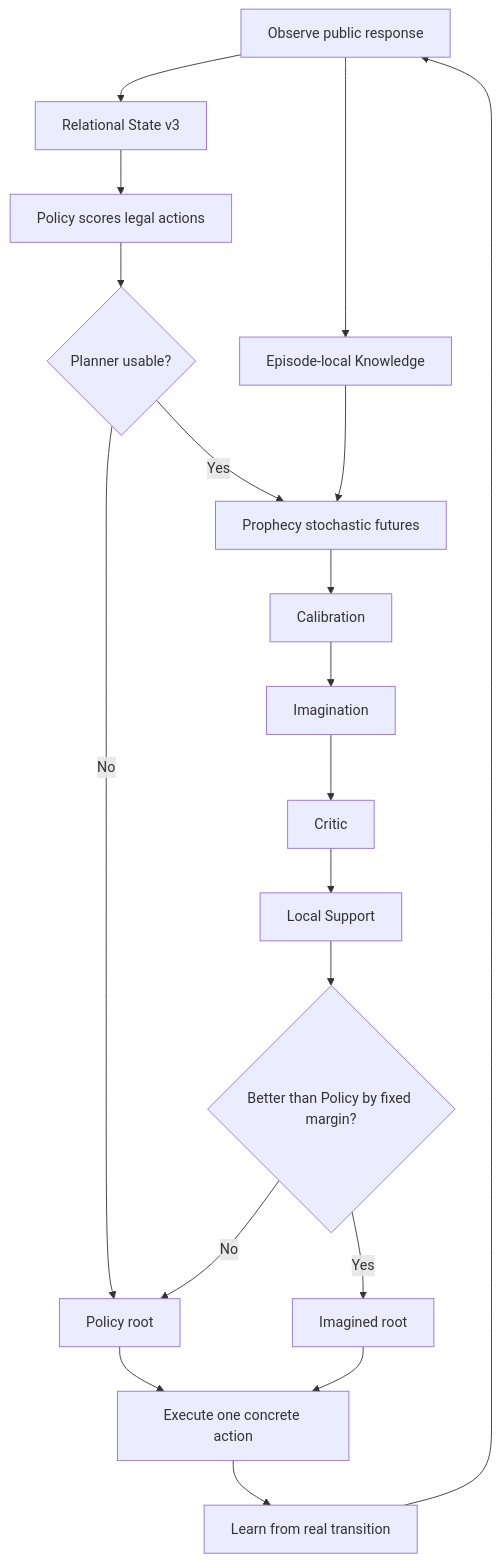
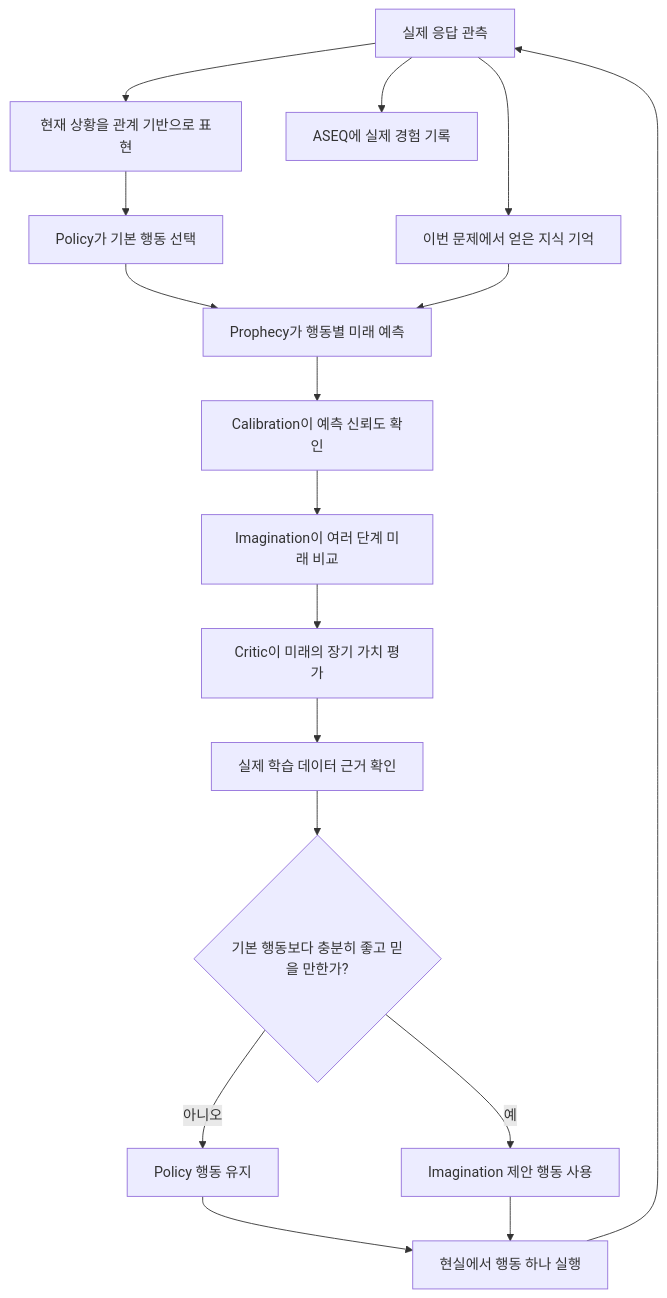
One commit to aether0xff-afk/AASSR changed the diagram in wiki/AASSR-in-5-Minutes.md. Above: the diagram before and after it, drawn with Mermaid. The commit also changed other lines of this file, not shown here.

````diff
--- a/wiki/AASSR-in-5-Minutes.md
+++ b/wiki/AASSR-in-5-Minutes.md
@@ -391,21 +457,23 @@
 ```mermaid
 flowchart TD
-    O[Observe public response] --> R[Relational State v3]
-    R --> P[Policy scores legal actions]
-    O --> K[Episode-local Knowledge]
-    P --> G{Planner usable?}
-    G -- No --> PA[Policy root]
-    G -- Yes --> W[Prophecy stochastic futures]
+    O[실제 응답 관측] --> S[현재 상황을 관계 기반으로 표현]
+    O --> K[이번 문제에서 얻은 지식 기억]
+    O --> A[ASEQ에 실제 경험 기록]
+
+    S --> P[Policy가 기본 행동 선택]
+    P --> W[Prophecy가 행동별 미래 예측]
     K --> W
-    W --> CAL[Calibration]
-    CAL --> I[Imagination]
-    I --> C[Critic]
-    C --> S[Local Support]
-    S --> M{Better than Policy by fixed margin?}
-    M -- No --> PA
-    M -- Yes --> IA[Imagined root]
-    PA --> E[Execute one concrete action]
-    IA --> E
-    E --> L[Learn from real transition]
-    L --> O
+
+    W --> C[Calibration이 예측 신뢰도 확인]
+    C --> I[Imagination이 여러 단계 미래 비교]
+    I --> V[Critic이 미래의 장기 가치 평가]
+    V --> D[실제 학습 데이터 근거 확인]
+
+    D --> G{기본 행동보다 충분히 좋고 믿을 만한가?}
+    G -- 아니오 --> B[Policy 행동 유지]
+    G -- 예 --> N[Imagination 제안 행동 사용]
+
+    B --> E[현실에서 행동 하나 실행]
+    N --> E
+    E --> O
 ```
````
